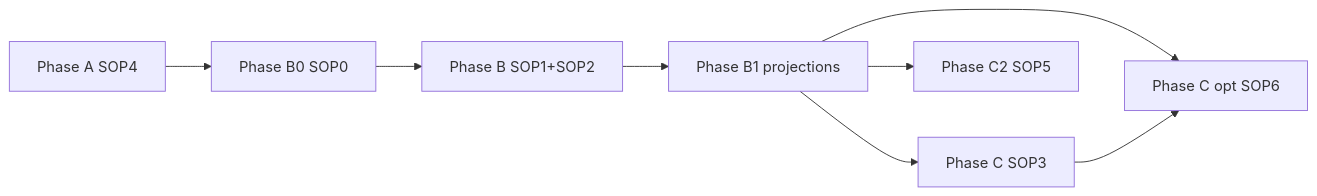
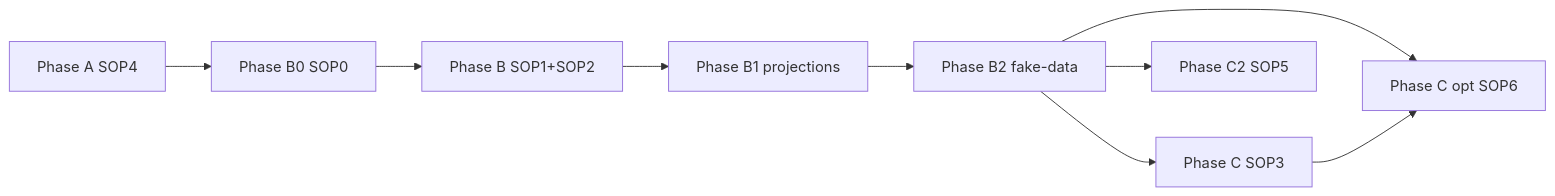
Before and after one commit to mindflight-orchestrator/starter-kit-ghostcrab-perso: the diagram in starterkit/pro-mcp/SOP_SEQUENCE.md, drawn with Mermaid. The commit also changed other lines of this file and 12 other files, not shown here.

First line of the commit message:
Align StarterKit projections with ghostcrab-personal-mcp artifact taxonomy and B2 fake-data routes.

````diff
--- a/starterkit/pro-mcp/SOP_SEQUENCE.md
+++ b/starterkit/pro-mcp/SOP_SEQUENCE.md
@@ -19,14 +19,16 @@
 ```mermaid
 flowchart LR
   A[Phase A SOP4]
   B0[Phase B0 SOP0]
   B[Phase B SOP1+SOP2]
   B1[Phase B1 projections]
+  B2[Phase B2 fake-data]
   C3[Phase C SOP3]
   C6[Phase C opt SOP6]
   C2[Phase C2 SOP5]
-  A --> B0 --> B --> B1 --> C3
-  B1 --> C6
-  B1 --> C2
+  A --> B0 --> B --> B1 --> B2
+  B2 --> C3
+  B2 --> C6
+  B2 --> C2
   C3 --> C6
 ```
````
